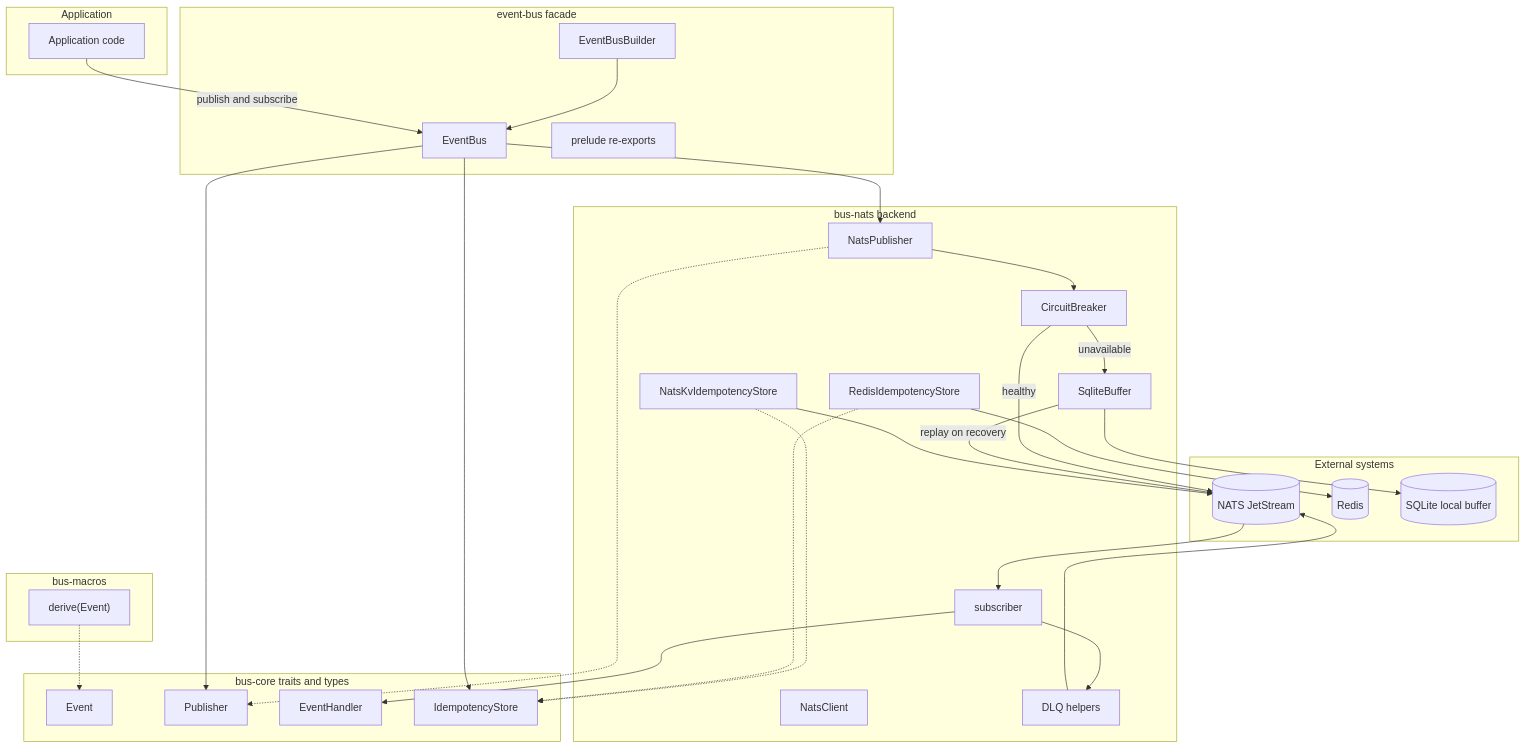
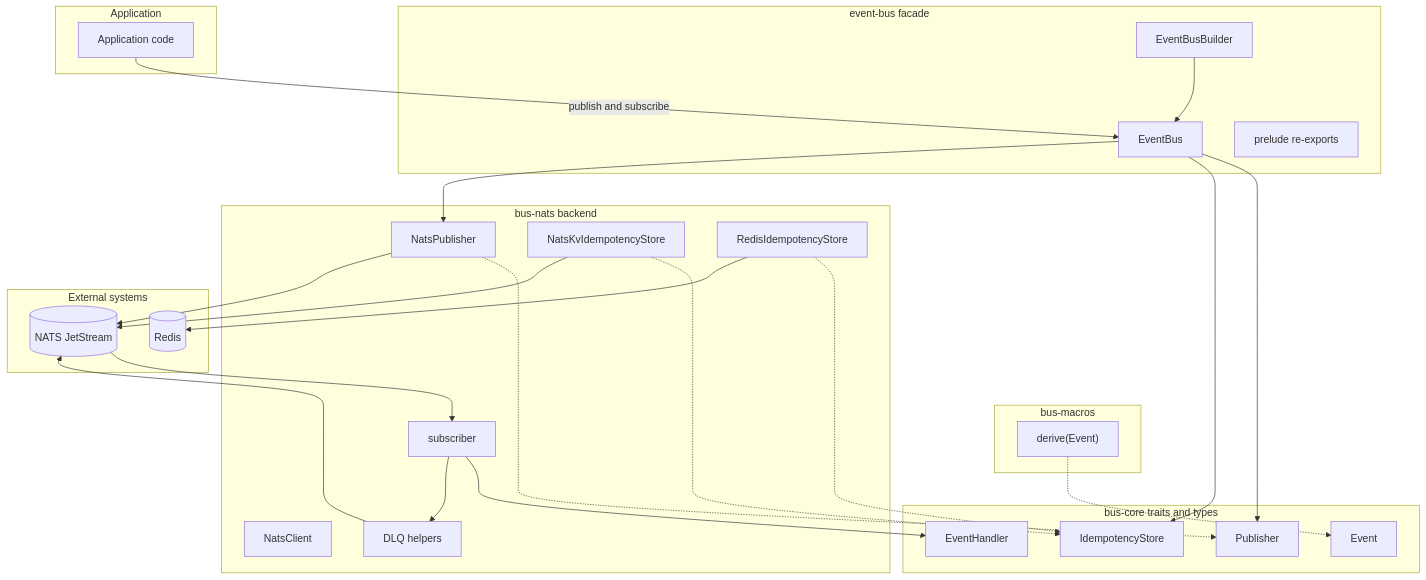
The diagram in docs/diagrams/component-diagram.md (scriptkid23/eventbus-rs), drawn with Mermaid before and after one commit. The commit also changed other lines of this file and 24 other files, not shown here.

````diff
--- a/docs/diagrams/component-diagram.md
+++ b/docs/diagrams/component-diagram.md
@@ -5,63 +5,56 @@
 ```mermaid
 flowchart TB
     subgraph application [Application]
         appCode["Application code"]
     end
 
     subgraph eventBus [event-bus facade]
         builder["EventBusBuilder"]
         bus["EventBus"]
         prelude["prelude re-exports"]
     end
 
     subgraph busCore [bus-core traits and types]
         eventTrait["Event"]
         publisherTrait["Publisher"]
         handlerTrait["EventHandler"]
         idempotencyTrait["IdempotencyStore"]
     end
 
     subgraph busMacros [bus-macros]
         deriveEvent["derive(Event)"]
     end
 
     subgraph busNats [bus-nats backend]
         natsClient["NatsClient"]
         natsPublisher["NatsPublisher"]
         subscriber["subscriber"]
-        circuitBreaker["CircuitBreaker"]
         dlq["DLQ helpers"]
         kvStore["NatsKvIdempotencyStore"]
         redisStore["RedisIdempotencyStore"]
-        sqliteBuffer["SqliteBuffer"]
     end
 
     subgraph external [External systems]
         jetstream[("NATS JetStream")]
         redis[("Redis")]
-        sqlite[("SQLite local buffer")]
     end
 
     deriveEvent -.-> eventTrait
     builder --> bus
     bus --> publisherTrait
     bus --> idempotencyTrait
     natsPublisher -.-> publisherTrait
     kvStore -.-> idempotencyTrait
     redisStore -.-> idempotencyTrait
 
     appCode -->|"publish and subscribe"| bus
     bus --> natsPublisher
-    natsPublisher --> circuitBreaker
-    circuitBreaker -->|"healthy"| jetstream
-    circuitBreaker -->|"unavailable"| sqliteBuffer
-    sqliteBuffer -->|"replay on recovery"| jetstream
+    natsPublisher --> jetstream
 
     jetstream --> subscriber
     subscriber --> handlerTrait
     subscriber --> dlq
     dlq --> jetstream
     kvStore --> jetstream
     redisStore --> redis
-    sqliteBuffer --> sqlite
 ```
````
